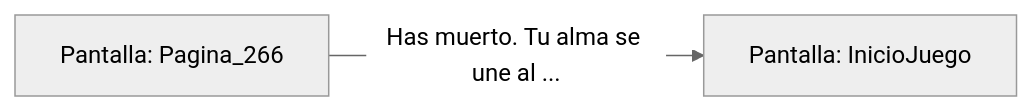
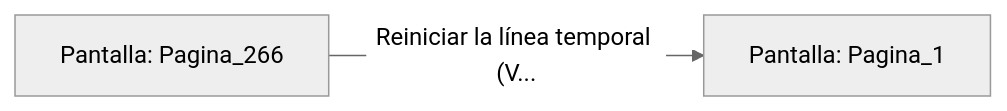
Before and after one commit to metsuke/mpl: the diagram in sample/eligejuego-vault/Pantalla_Pagina_266.md, drawn with Mermaid (neutral theme). The commit also changed other lines of this file and 635 other files, not shown here.

First line of the commit message:
fix: añadir Pagina_1 como pantalla inicial en capitulo_01.mpl

````diff
--- a/sample/eligejuego-vault/Pantalla_Pagina_266.md
+++ b/sample/eligejuego-vault/Pantalla_Pagina_266.md
@@ -17,5 +17,5 @@
 ```mermaid
 graph LR
     P_Pagina_266["Pantalla: Pagina_266"]
-    P_Pagina_266 -->|"Has muerto. Tu alma se une al ..."| P_InicioJuego["Pantalla: InicioJuego"]
+    P_Pagina_266 -->|"Reiniciar la línea temporal (V..."| P_Pagina_1["Pantalla: Pagina_1"]
 ```
````
